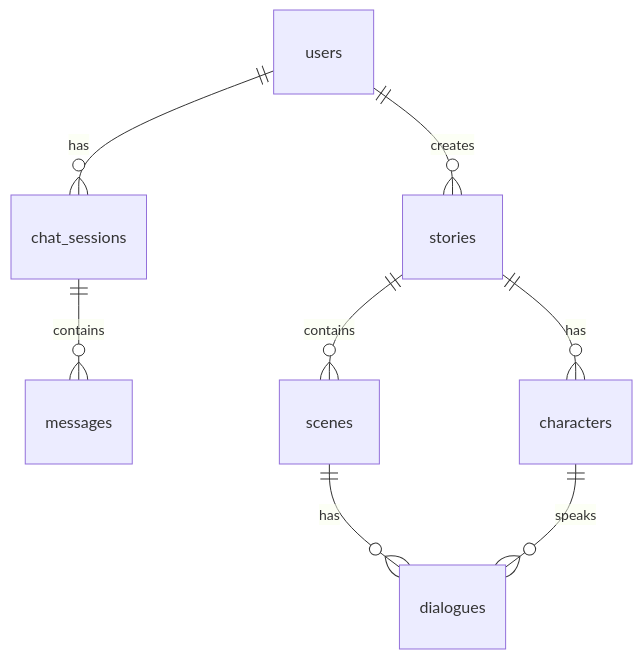
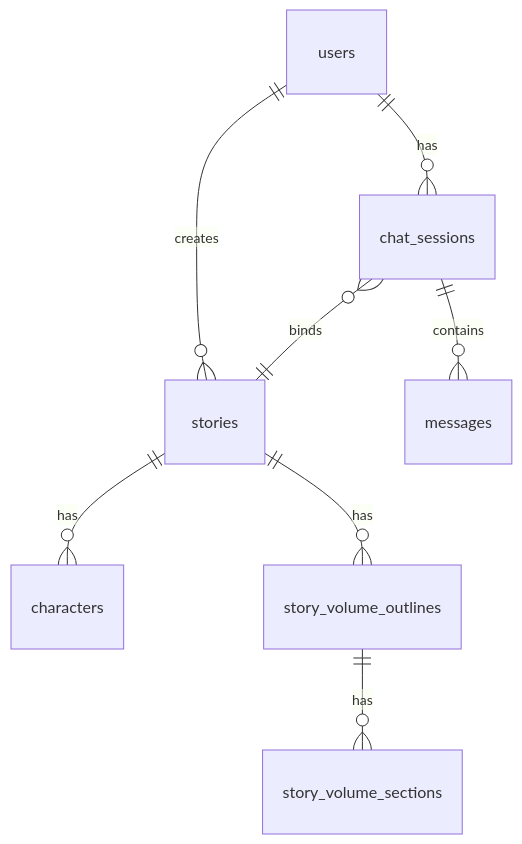
The diagram in README.md (zhy13339561489-crypto/aisay), drawn with Mermaid before and after one commit. The commit also changed other lines of this file, not shown here.

````diff
--- a/README.md
+++ b/README.md
@@ -168,10 +194,10 @@
 ```mermaid
 erDiagram
     users ||--o{ chat_sessions : has
     users ||--o{ stories : creates
+    chat_sessions }o--|| stories : binds
     chat_sessions ||--o{ messages : contains
     stories ||--o{ characters : has
-    stories ||--o{ scenes : contains
-    scenes ||--o{ dialogues : has
-    characters ||--o{ dialogues : speaks
+    stories ||--o{ story_volume_outlines : has
+    story_volume_outlines ||--o{ story_volume_sections : has
 ```
````
